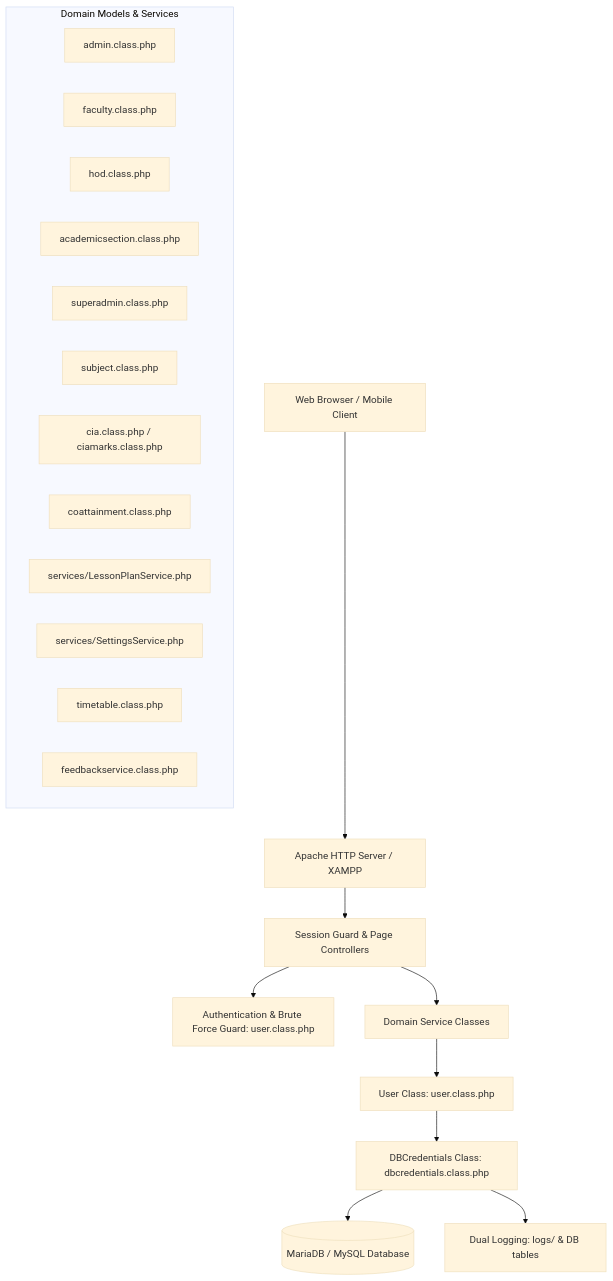
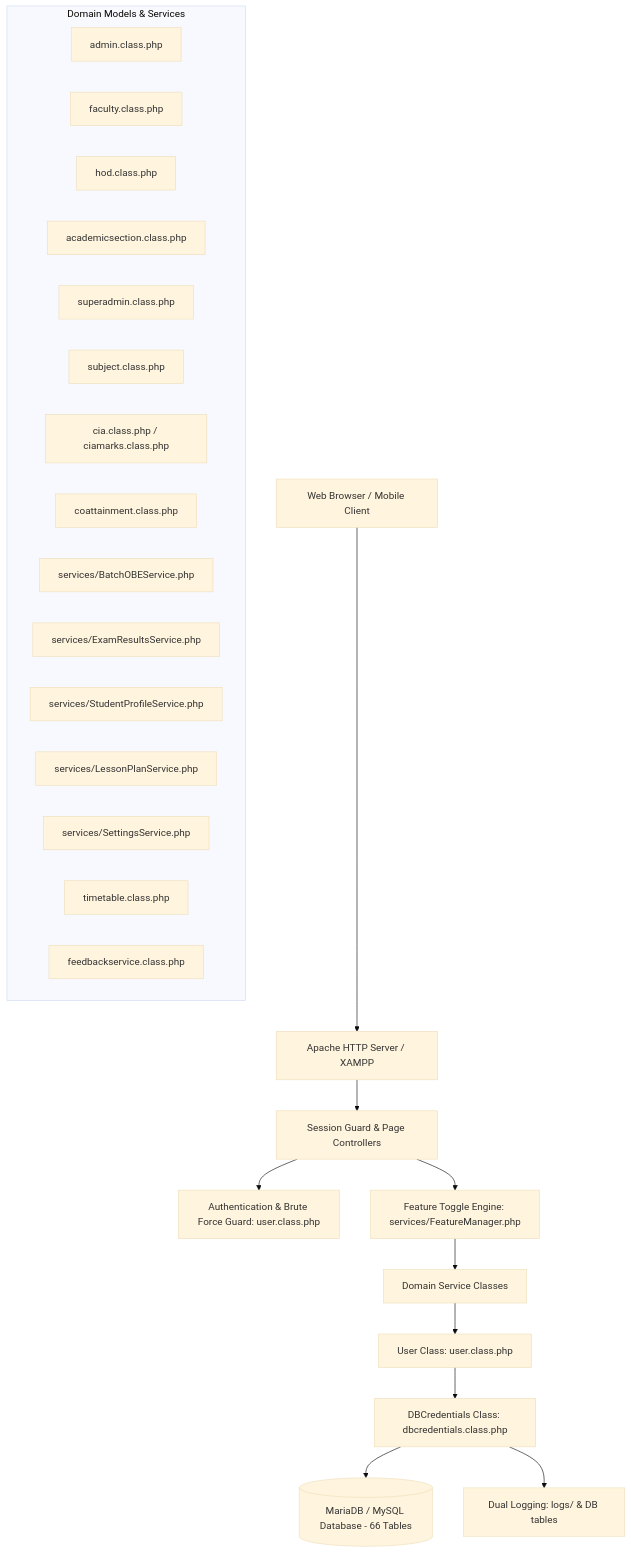
Before and after one commit to katamanilprojects/sarb_cea: the diagram in docs/README.md, drawn with Mermaid (base theme). The commit also changed other lines of this file and 104 other files, not shown here.

````diff
--- a/docs/README.md
+++ b/docs/README.md
@@ -44,27 +48,31 @@
 ```mermaid
 graph TD
     Client[Web Browser / Mobile Client] --> Apache[Apache HTTP Server / XAMPP]
     Apache --> Router[Session Guard & Page Controllers]
     Router --> Auth[Authentication & Brute Force Guard: user.class.php]
-    Router --> Domain[Domain Service Classes]
+    Router --> FeatureGuard[Feature Toggle Engine: services/FeatureManager.php]
+    FeatureGuard --> Domain[Domain Service Classes]
     
     subgraph Domain Models & Services
         Admin[admin.class.php]
         Faculty[faculty.class.php]
         HOD[hod.class.php]
         Acad[academicsection.class.php]
         SuperAdmin[superadmin.class.php]
         Subject[subject.class.php]
         CIA[cia.class.php / ciamarks.class.php]
         OBE[coattainment.class.php]
+        BatchOBE[services/BatchOBEService.php]
+        ExamResults[services/ExamResultsService.php]
+        StudentProfile[services/StudentProfileService.php]
         LessonPlan[services/LessonPlanService.php]
         Settings[services/SettingsService.php]
         Timetable[timetable.class.php]
         Feedback[feedbackservice.class.php]
     end
     
     Domain --> BaseUser[User Class: user.class.php]
     BaseUser --> BaseDB[DBCredentials Class: dbcredentials.class.php]
-    BaseDB --> MariaDB[(MariaDB / MySQL Database)]
+    BaseDB --> MariaDB[(MariaDB / MySQL Database - 66 Tables)]
     BaseDB --> Logs[Dual Logging: logs/ & DB tables]
 ```
````
